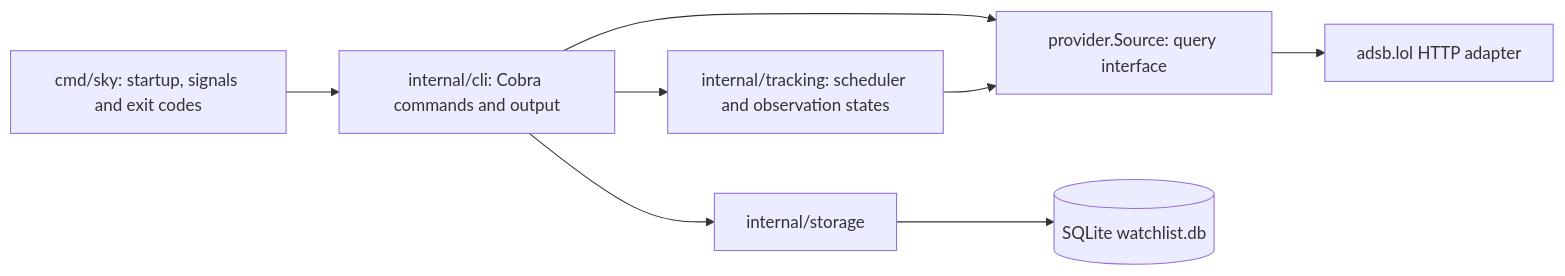
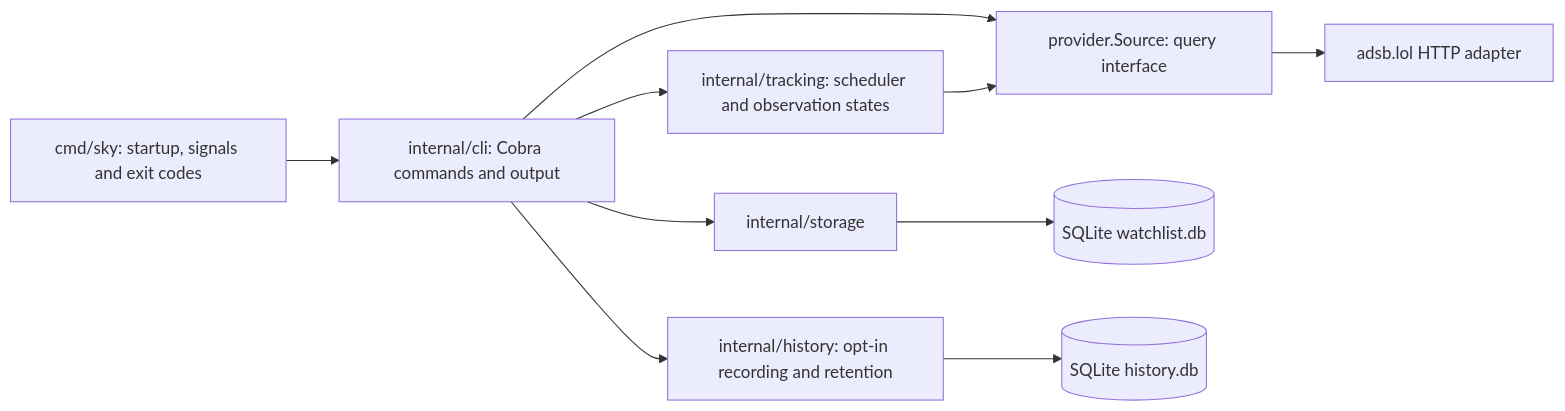
One commit to Mickyj70/sky changed the diagram in docs/ARCHITECTURE.md. Above: the diagram before and after it, drawn with Mermaid. The commit also changed other lines of this file and 18 other files, not shown here.

Commit message:
Add opt-in local history recording, retention and recovery (#23)

````diff
--- a/docs/ARCHITECTURE.md
+++ b/docs/ARCHITECTURE.md
@@ -7,10 +7,12 @@
 ```mermaid
 flowchart LR
     A["cmd/sky: startup, signals and exit codes"] --> B["internal/cli: Cobra commands and output"]
     B --> C["provider.Source: query interface"]
     C --> D["adsb.lol HTTP adapter"]
     B --> G["internal/tracking: scheduler and observation states"]
     G --> C
     B --> E["internal/storage"]
     E --> F[("SQLite watchlist.db")]
+    B --> H["internal/history: opt-in recording and retention"]
+    H --> I[("SQLite history.db")]
 ```
````
